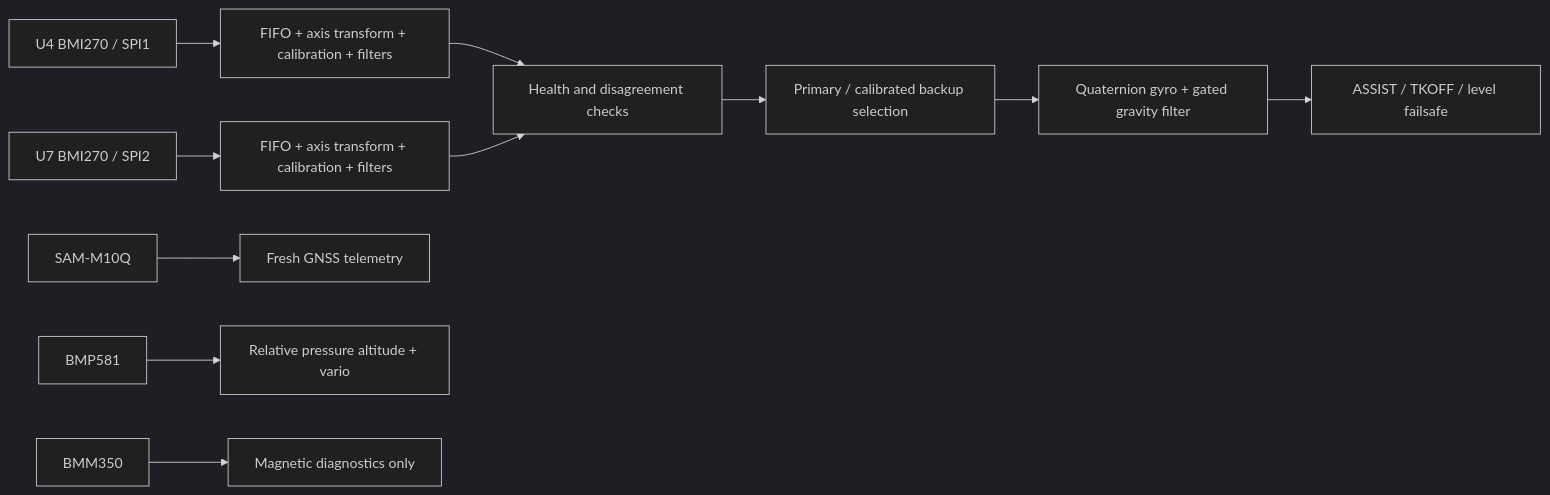
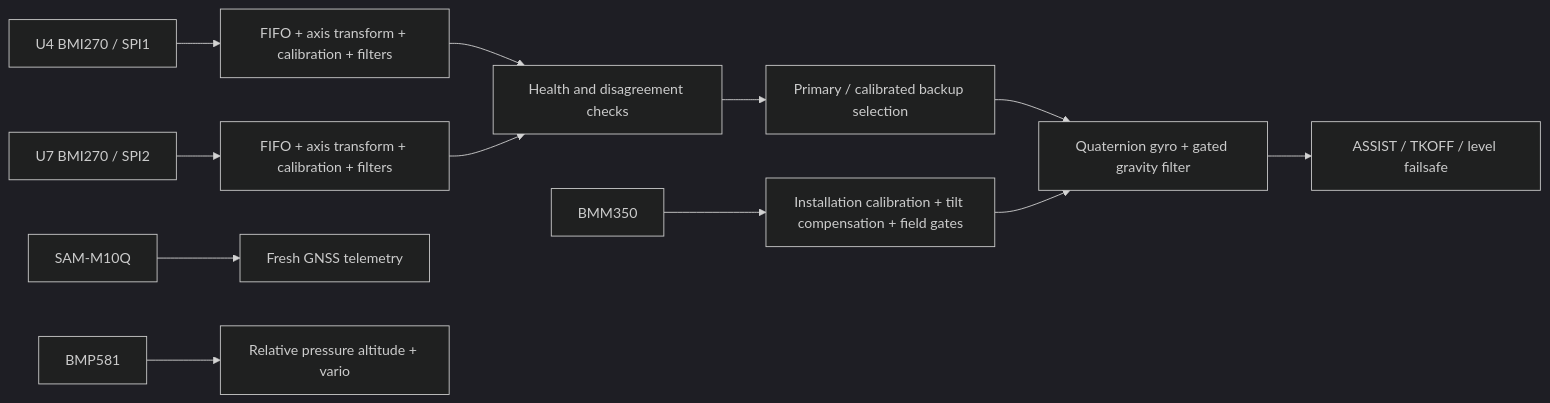
The diagram in docs/SENSOR_FUSION.md (zelveron/STM32FC_v3), drawn with Mermaid (dark theme) before and after one commit. The commit also changed other lines of this file and 42 other files, not shown here.

````diff
--- a/docs/SENSOR_FUSION.md
+++ b/docs/SENSOR_FUSION.md
@@ -9,13 +9,14 @@
 ```mermaid
 flowchart LR
     A[U4 BMI270 / SPI1] --> AP[FIFO + axis transform + calibration + filters]
     B[U7 BMI270 / SPI2] --> BP[FIFO + axis transform + calibration + filters]
     AP --> H[Health and disagreement checks]
     BP --> H
     H --> S[Primary / calibrated backup selection]
     S --> Q[Quaternion gyro + gated gravity filter]
     Q --> C[ASSIST / TKOFF / level failsafe]
     G[SAM-M10Q] --> T[Fresh GNSS telemetry]
     P[BMP581] --> V[Relative pressure altitude + vario]
-    M[BMM350] --> D[Magnetic diagnostics only]
+    M[BMM350] --> D[Installation calibration + tilt compensation + field gates]
+    D --> Q
 ```
````
